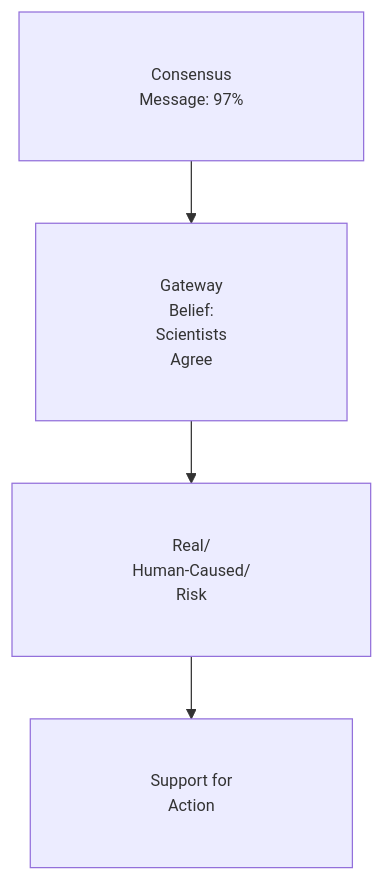
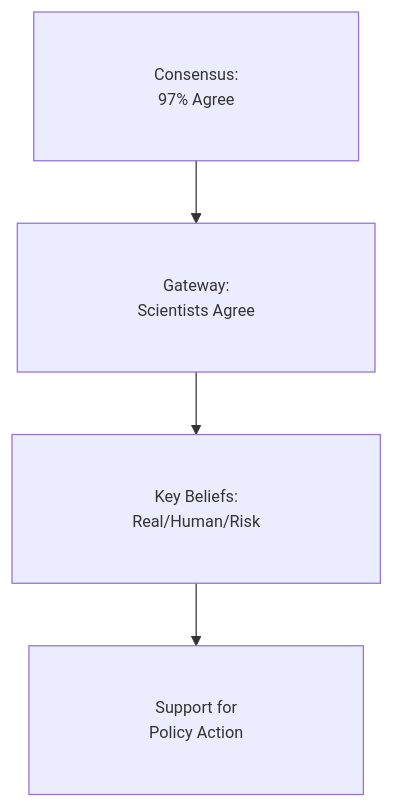
The sixth of 7 diagrams in Communication_Influence/Mastery_Guide_SOW_BS033.md (GM024/CourseSummaries), drawn with Mermaid before and after one commit. The commit also changed other lines of this file, not shown here.

Commit message:
Standardize diagrams with Responsive Node Sizing, 13px font, and Quad-Padding

````diff
--- a/Communication_Influence/Mastery_Guide_SOW_BS033.md
+++ b/Communication_Influence/Mastery_Guide_SOW_BS033.md
@@ -184,7 +184,7 @@
 ```mermaid
 %%{init: {'flowchart': {'padding': 40}, 'themeVariables': { 'fontSize': '13px' }}}%%
 graph TD
-    Consensus["&nbsp;&nbsp;&nbsp;&nbsp; Consensus &nbsp;&nbsp;&nbsp;&nbsp;<br/>&nbsp;&nbsp;&nbsp;&nbsp; Message: 97% &nbsp;&nbsp;&nbsp;&nbsp;"] --> Gateway["&nbsp;&nbsp;&nbsp;&nbsp; Gateway &nbsp;&nbsp;&nbsp;&nbsp;<br/>&nbsp;&nbsp;&nbsp;&nbsp; Belief: &nbsp;&nbsp;&nbsp;&nbsp;<br/>&nbsp;&nbsp;&nbsp;&nbsp; Scientists &nbsp;&nbsp;&nbsp;&nbsp;<br/>&nbsp;&nbsp;&nbsp;&nbsp; Agree &nbsp;&nbsp;&nbsp;&nbsp;"]
-    Gateway --> KeyBeliefs["&nbsp;&nbsp;&nbsp;&nbsp; Real/ &nbsp;&nbsp;&nbsp;&nbsp;<br/>&nbsp;&nbsp;&nbsp;&nbsp; Human-Caused/ &nbsp;&nbsp;&nbsp;&nbsp;<br/>&nbsp;&nbsp;&nbsp;&nbsp; Risk &nbsp;&nbsp;&nbsp;&nbsp;"]
-    KeyBeliefs --> PolicySupport["&nbsp;&nbsp;&nbsp;&nbsp; Support for &nbsp;&nbsp;&nbsp;&nbsp;<br/>&nbsp;&nbsp;&nbsp;&nbsp; Action &nbsp;&nbsp;&nbsp;&nbsp;"]
+    Consensus["&nbsp;&nbsp;&nbsp;&nbsp; Consensus: &nbsp;&nbsp;&nbsp;&nbsp;<br/>&nbsp;&nbsp;&nbsp;&nbsp; 97% Agree &nbsp;&nbsp;&nbsp;&nbsp;"] --> Gateway["&nbsp;&nbsp;&nbsp;&nbsp; Gateway: &nbsp;&nbsp;&nbsp;&nbsp;<br/>&nbsp;&nbsp;&nbsp;&nbsp; Scientists Agree &nbsp;&nbsp;&nbsp;&nbsp;"]
+    Gateway --> KeyBeliefs["&nbsp;&nbsp;&nbsp;&nbsp; Key Beliefs: &nbsp;&nbsp;&nbsp;&nbsp;<br/>&nbsp;&nbsp;&nbsp;&nbsp; Real/Human/Risk &nbsp;&nbsp;&nbsp;&nbsp;"]
+    KeyBeliefs --> PolicySupport["&nbsp;&nbsp;&nbsp;&nbsp; Support for &nbsp;&nbsp;&nbsp;&nbsp;<br/>&nbsp;&nbsp;&nbsp;&nbsp; Policy Action &nbsp;&nbsp;&nbsp;&nbsp;"]
 ```
````
